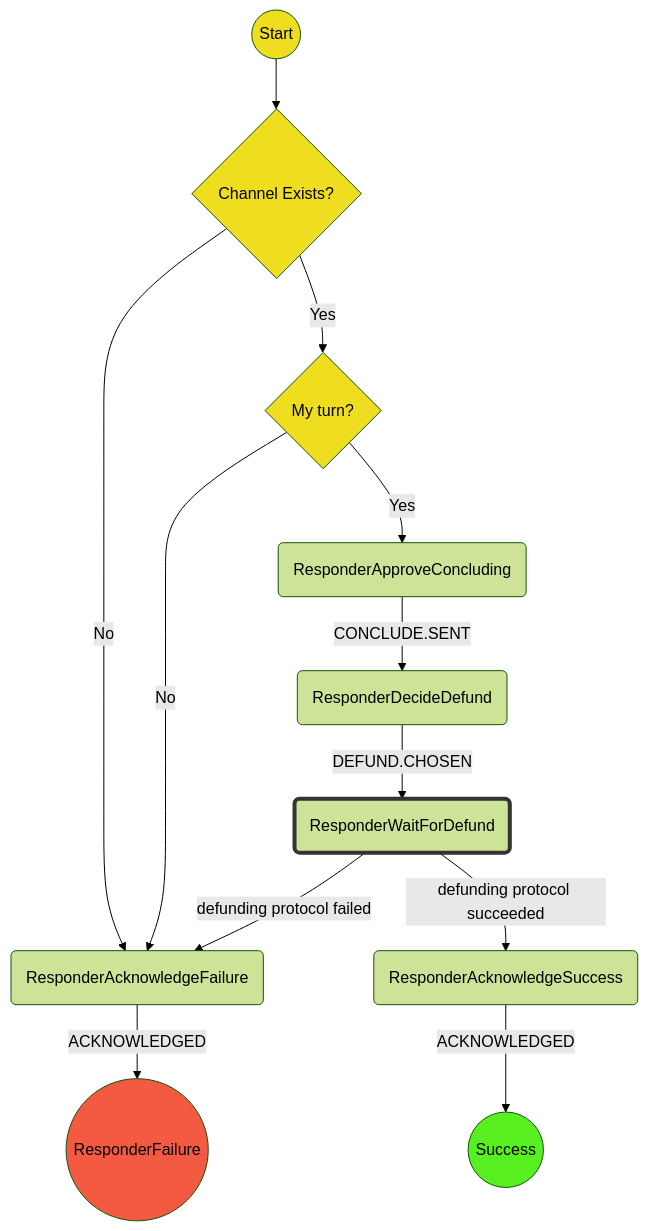
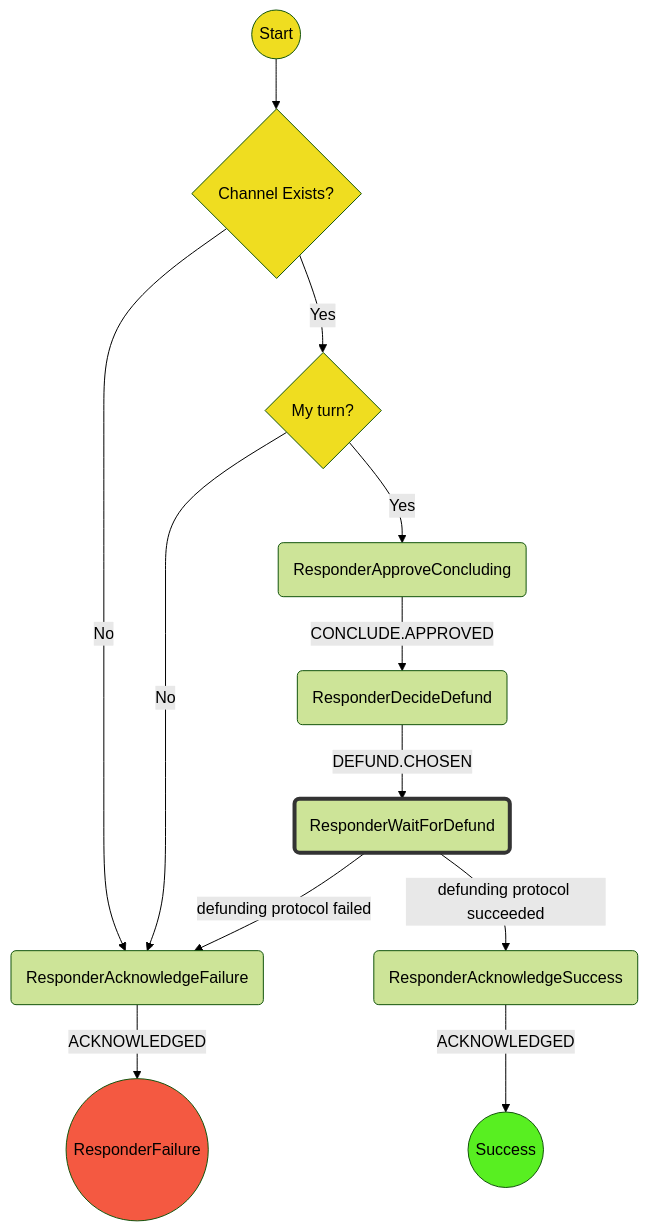
Before and after one commit to magmo/apps: the diagram in packages/wallet/src/redux/protocols/concluding/responder/readme.md, drawn with Mermaid (forest theme). The commit also changed 3 other files, not shown here.

Commit message:
Add channelId to CONCLUDE_INSTIGATED, so that responder spools up new process with correct processId

````diff
--- a/packages/wallet/src/redux/protocols/concluding/responder/readme.md
+++ b/packages/wallet/src/redux/protocols/concluding/responder/readme.md
@@ -21,20 +21,20 @@
 ```mermaid
 graph TD
   S((Start)) --> E{Channel Exists?}
   E --> |No| AF(ResponderAcknowledgeFailure)
   AF -->|ACKNOWLEDGED| F((ResponderFailure))
   E --> |Yes| MT{My turn?}
   MT  --> |Yes| CC(ResponderApproveConcluding)
   MT  --> |No| AF(ResponderAcknowledgeFailure)
-  CC  --> |CONCLUDE.SENT| DD(ResponderDecideDefund)
+  CC  --> |CONCLUDE.APPROVED| DD(ResponderDecideDefund)
   DD --> |DEFUND.CHOSEN| D(ResponderWaitForDefund)
   D   --> |defunding protocol succeeded| AS(ResponderAcknowledgeSuccess)
   AS -->  |ACKNOWLEDGED| SS((Success))
   D   --> |defunding protocol failed| AF(ResponderAcknowledgeFailure)
   style S  fill:#efdd20
   style E  fill:#efdd20
   style MT fill:#efdd20
   style SS fill:#58ef21
   style F  fill:#f45941
   style D stroke:#333,stroke-width:4px
 ```
````
